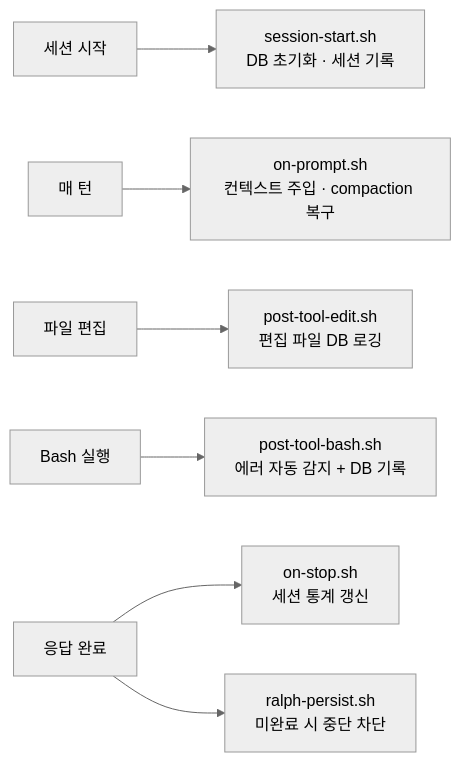
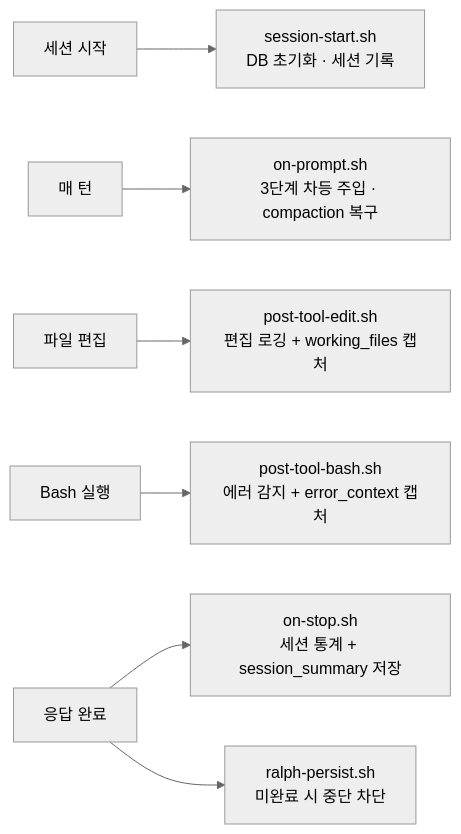
Before and after one commit to leonardo204/dotclaude: the second of 3 diagrams in README.md, drawn with Mermaid (neutral theme). The commit also changed other lines of this file and 1 other file, not shown here.

Commit message:
[Docs] Context DB 자동화 문서 — 자동 캡처/선택적 주입/커밋 정책 반영

````diff
--- a/README.md
+++ b/README.md
@@ -140,9 +140,9 @@
 ```mermaid
 flowchart LR
     A[세션 시작] --> B[session-start.sh<br/>DB 초기화 · 세션 기록]
-    C[매 턴] --> D[on-prompt.sh<br/>컨텍스트 주입 · compaction 복구]
-    E[파일 편집] --> F[post-tool-edit.sh<br/>편집 파일 DB 로깅]
-    G[Bash 실행] --> H[post-tool-bash.sh<br/>에러 자동 감지 + DB 기록]
-    I[응답 완료] --> J[on-stop.sh<br/>세션 통계 갱신]
+    C[매 턴] --> D[on-prompt.sh<br/>3단계 차등 주입 · compaction 복구]
+    E[파일 편집] --> F[post-tool-edit.sh<br/>편집 로깅 + working_files 캡처]
+    G[Bash 실행] --> H[post-tool-bash.sh<br/>에러 감지 + error_context 캡처]
+    I[응답 완료] --> J[on-stop.sh<br/>세션 통계 + session_summary 저장]
     I --> K[ralph-persist.sh<br/>미완료 시 중단 차단]
 ```
````
